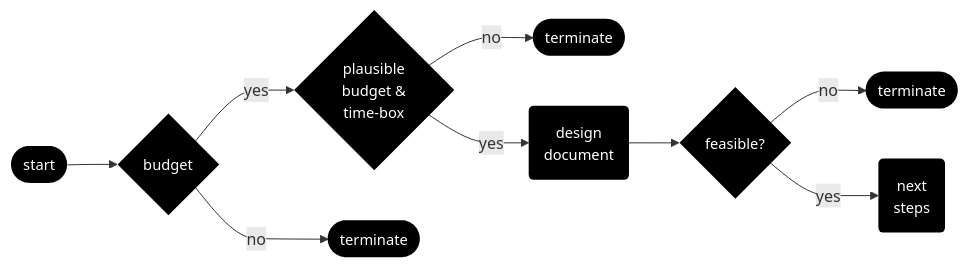
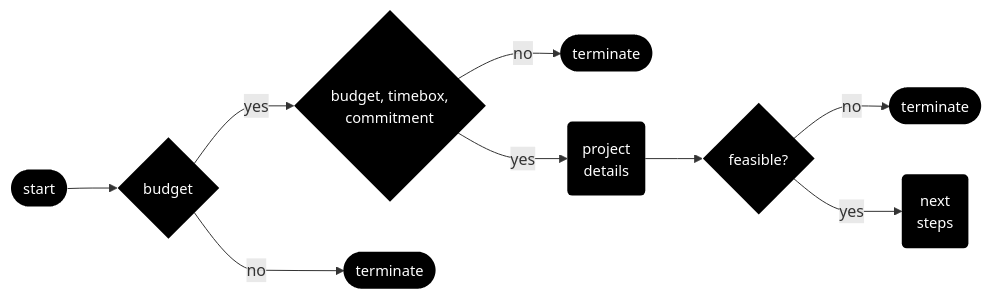
Before and after one commit to thereferences/systems: the diagram in docs/source/introduction/introduction.md, drawn with Mermaid. The commit also changed other lines of this file, not shown here.

````diff
--- a/docs/source/introduction/introduction.md
+++ b/docs/source/introduction/introduction.md
@@ -3,13 +7,14 @@
 ```{mermaid}
 %%{ init: { 'flowchart': { 'curve': 'monotoneX'} } }%%
 flowchart LR    
-    id0([start]) --> id1{<span title="Does the potential project have a budget?">budget</span>} -- yes --> id2{plausible<br> budget &<br> time-box}
+    id0([start]) --> id1{<span title="Does the potential project have a budget?">budget</span>} 
+    id1 -- yes --> id2{budget, timebox,<br>commitment}
     id1 -- no --> id3([terminate])
     id2 -- no --> id4([terminate])
-    id2 -- yes --> id5(<span title="The project scope/design details">design <br> document</span>)
+    id2 -- yes --> id5(<span title="The project scope/design details">project<br>details</span>)
     id5 --> id6{<span title="Is the potential project addressable via machine learning, technically feasible, and economically viable?">feasible?</span>}
     id6 -- no --> id7([terminate])
     id6 -- yes --> id8(next <br> steps)
     
     classDef default fill:#000000,stroke:#000000,stroke-width:0px,color:#ffffff,font-size:11pt;
 ```
````
